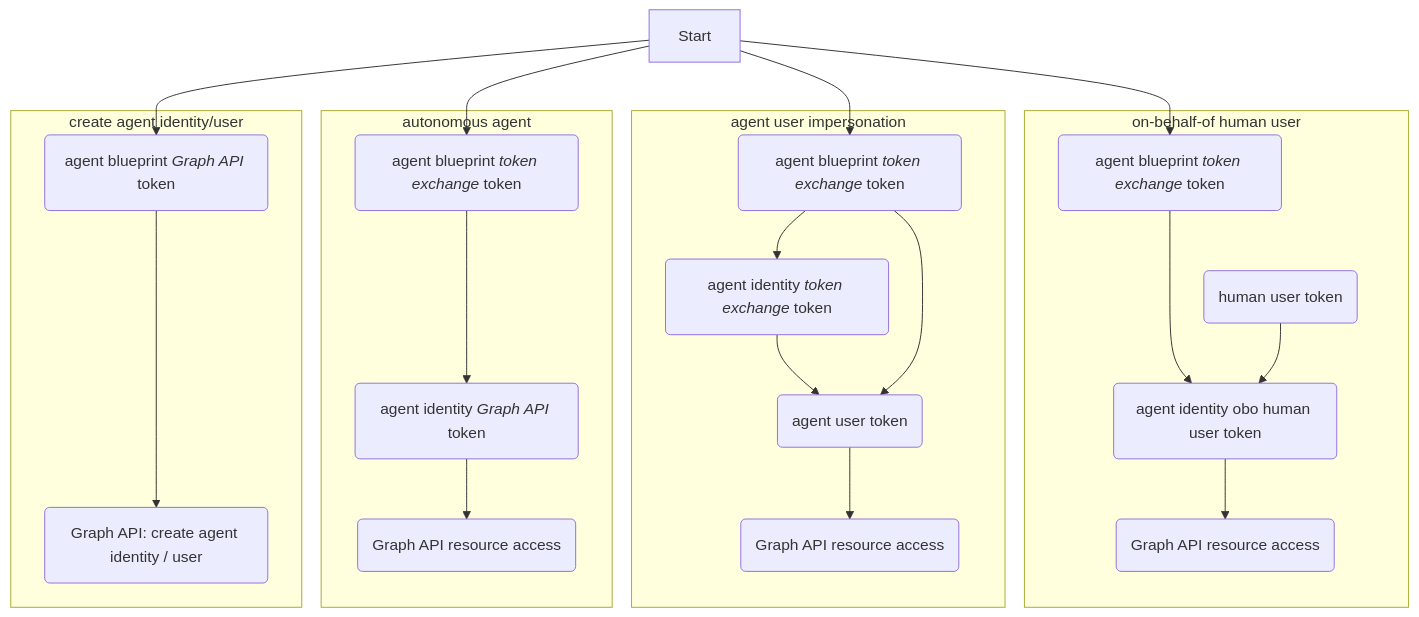
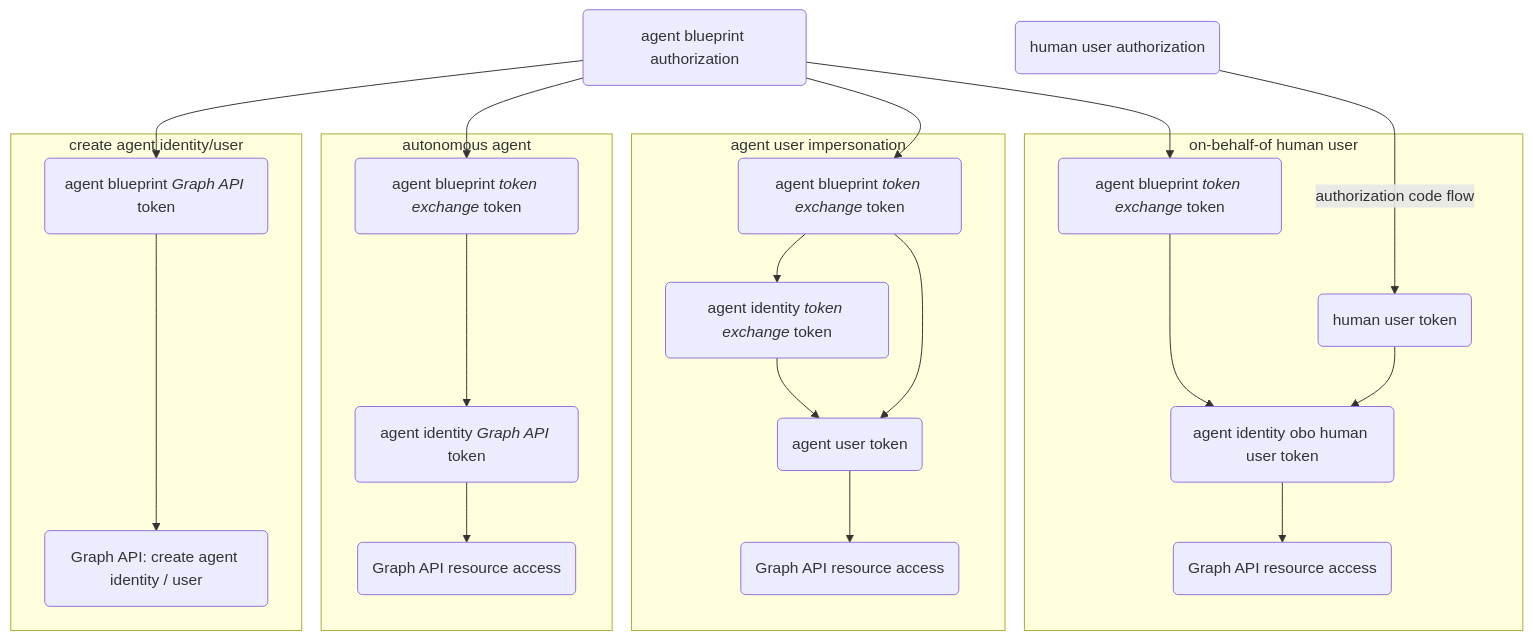
Before and after one commit to joetanx/mslab: the diagram in entra/agent-id/auth-flows.md, drawn with Mermaid.

````diff
--- a/entra/agent-id/auth-flows.md
+++ b/entra/agent-id/auth-flows.md
@@ -3,25 +3,27 @@
 ```mermaid
 flowchart TD
   subgraph on-behalf-of human user
     B4(agent blueprint <i>token exchange</i> token) ---> OBO(agent identity obo human user token)
-    HU(human user token) --> OBO
+    HUT(human user token) --> OBO
     OBO --> G4(Graph API resource access)
   end
   subgraph agent user impersonation
     B3(agent blueprint <i>token exchange</i> token) --> I2(agent identity <i>token exchange</i> token)
     I2 --> AU(agent user token)
     B3 --> AU
     AU --> G3(Graph API resource access)
   end
   subgraph autonomous agent
     B2(agent blueprint <i>token exchange</i> token) ---> I1(agent identity <i>Graph API</i> token)
     I1 --> G2(Graph API resource access)
   end
   subgraph create agent identity/user
     B1(agent blueprint <i>Graph API</i> token) ----> G1(Graph API: create agent identity / user)
   end
-  Start --> B1
-  Start --> B2
-  Start --> B3
-  Start --> B4
+  HU(human user authorization) -->|authorization code flow| HUT
+  HU ~~~ B3
+  BP(agent blueprint authorization) --> B1
+  BP --> B2
+  BP --> B3
+  BP --> B4
 ```
````
